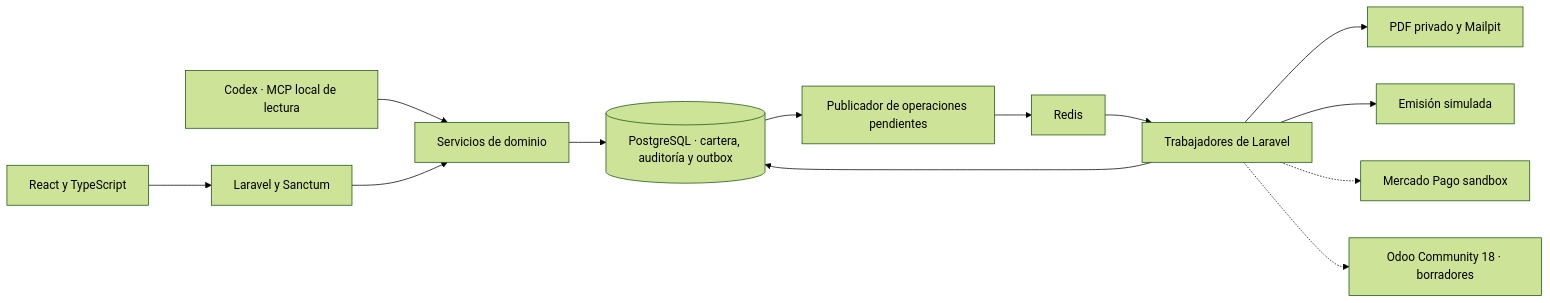
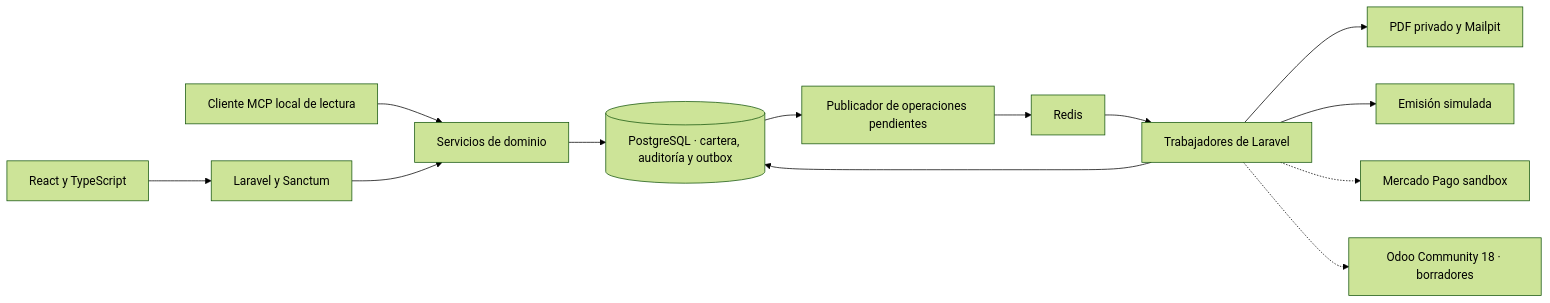
The second of 2 diagrams in README.md (fmarquezrojas-dev/revenia), drawn with Mermaid (forest theme) before and after one commit. The commit also changed other lines of this file and 10 other files, not shown here.

````diff
--- a/README.md
+++ b/README.md
@@ -313,15 +318,15 @@
 ```mermaid
 flowchart LR
     UI["React y TypeScript"] --> API["Laravel y Sanctum"]
-    MCP["Codex · MCP local de lectura"] --> D["Servicios de dominio"]
+    MCP["Cliente MCP local de lectura"] --> D["Servicios de dominio"]
     API --> D
     D --> PG[("PostgreSQL · cartera, auditoría y outbox")]
     PG --> PUB["Publicador de operaciones pendientes"]
     PUB --> Q["Redis"]
     Q --> W["Trabajadores de Laravel"]
     W --> PG
     W --> PDF["PDF privado y Mailpit"]
     W --> SIM["Emisión simulada"]
     W -.-> MP["Mercado Pago sandbox"]
     W -.-> ERP["Odoo Community 18 · borradores"]
 ```
````
